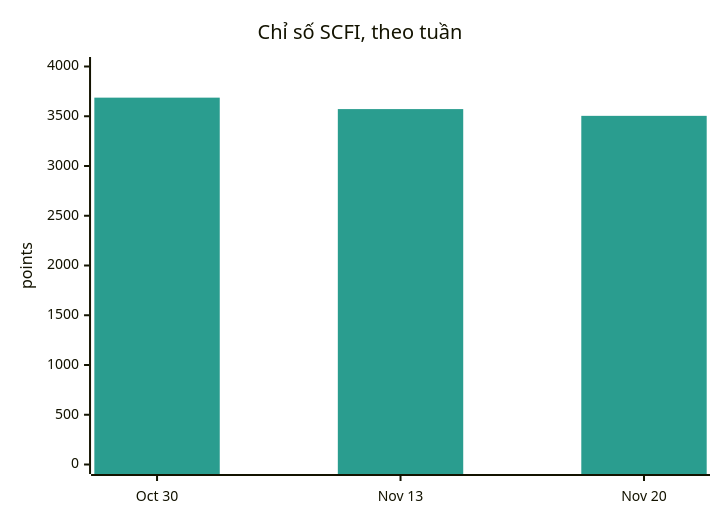
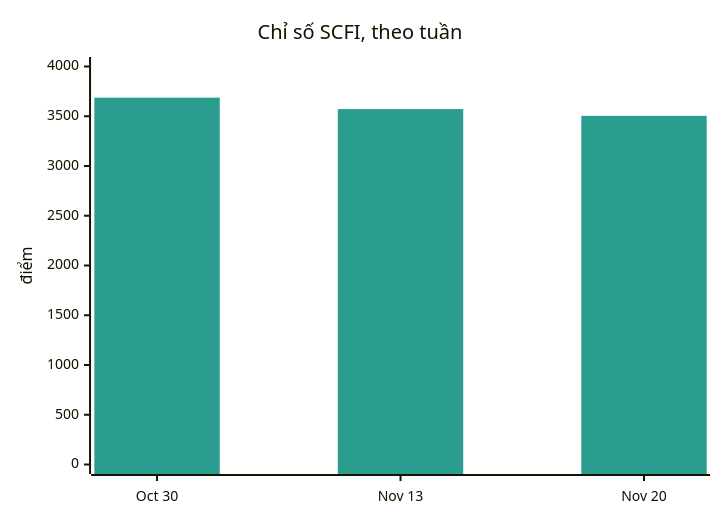
One commit to dureach/research changed the tenth of 15 diagrams in Global-Trade-Intelligence-weekly-2026-11-23/index.vi.md. Above: the diagram before and after it, drawn with Mermaid. The commit also changed other lines of this file and 5 other files, not shown here.

````diff
--- a/Global-Trade-Intelligence-weekly-2026-11-23/index.vi.md
+++ b/Global-Trade-Intelligence-weekly-2026-11-23/index.vi.md
@@ -514,8 +514,8 @@
 ```mermaid
 %%{init: {'theme': 'base', 'themeVariables': {'xyChart': {'plotColorPalette': '#2a9d8f'}}}}%%
 xychart-beta
     title "Chỉ số SCFI, theo tuần"
     x-axis ["Oct 30", "Nov 13", "Nov 20"]
-    y-axis "points" 0 --> 4000
+    y-axis "điểm" 0 --> 4000
     bar [3687, 3572, 3504]
 ```
````
